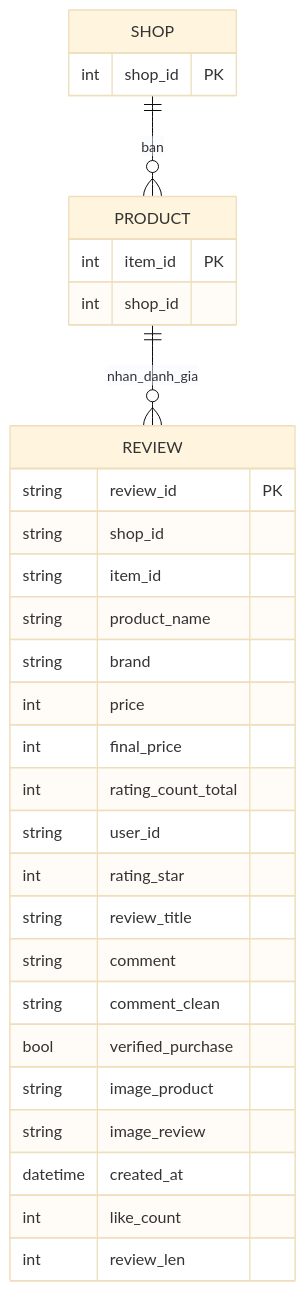
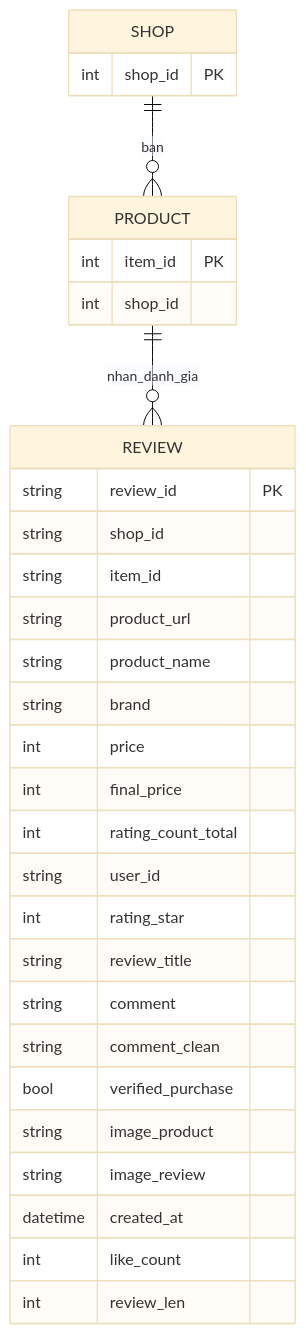
Before and after one commit to CodeingOver/KTLTTrongPTDL: the third of 3 diagrams in docs/architecture.md, drawn with Mermaid (base theme). The commit also changed other lines of this file and 11 other files, not shown here.

````diff
--- a/docs/architecture.md
+++ b/docs/architecture.md
@@ -115,36 +115,37 @@
 ```mermaid
 erDiagram
     REVIEW {
         string review_id PK
       string shop_id
       string item_id
+          string product_url
       string product_name
       string brand
       int price
       int final_price
       int rating_count_total
         string user_id
         int rating_star
       string review_title
         string comment
         string comment_clean
       bool verified_purchase
       string image_product
       string image_review
         datetime created_at
         int like_count
         int review_len
     }
 
     PRODUCT {
         int item_id PK
         int shop_id
     }
 
     SHOP {
         int shop_id PK
     }
 
     SHOP ||--o{ PRODUCT : "ban"
     PRODUCT ||--o{ REVIEW : "nhan_danh_gia"
 ```
````
